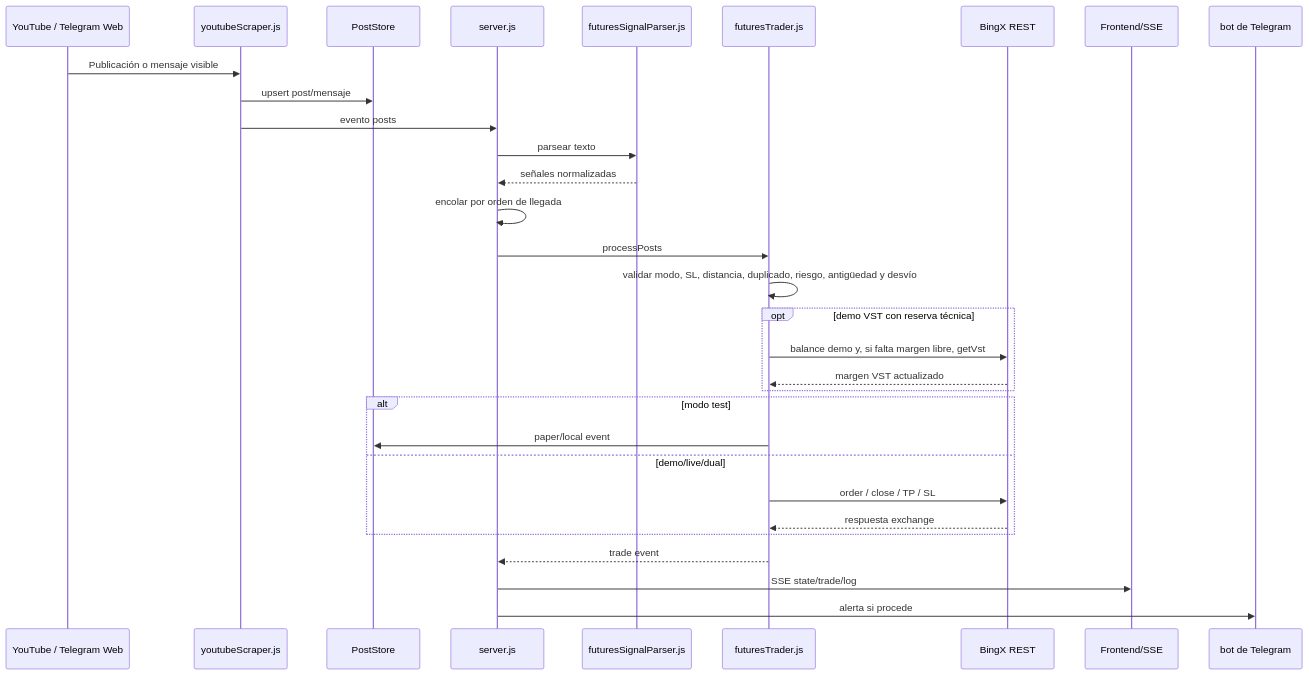
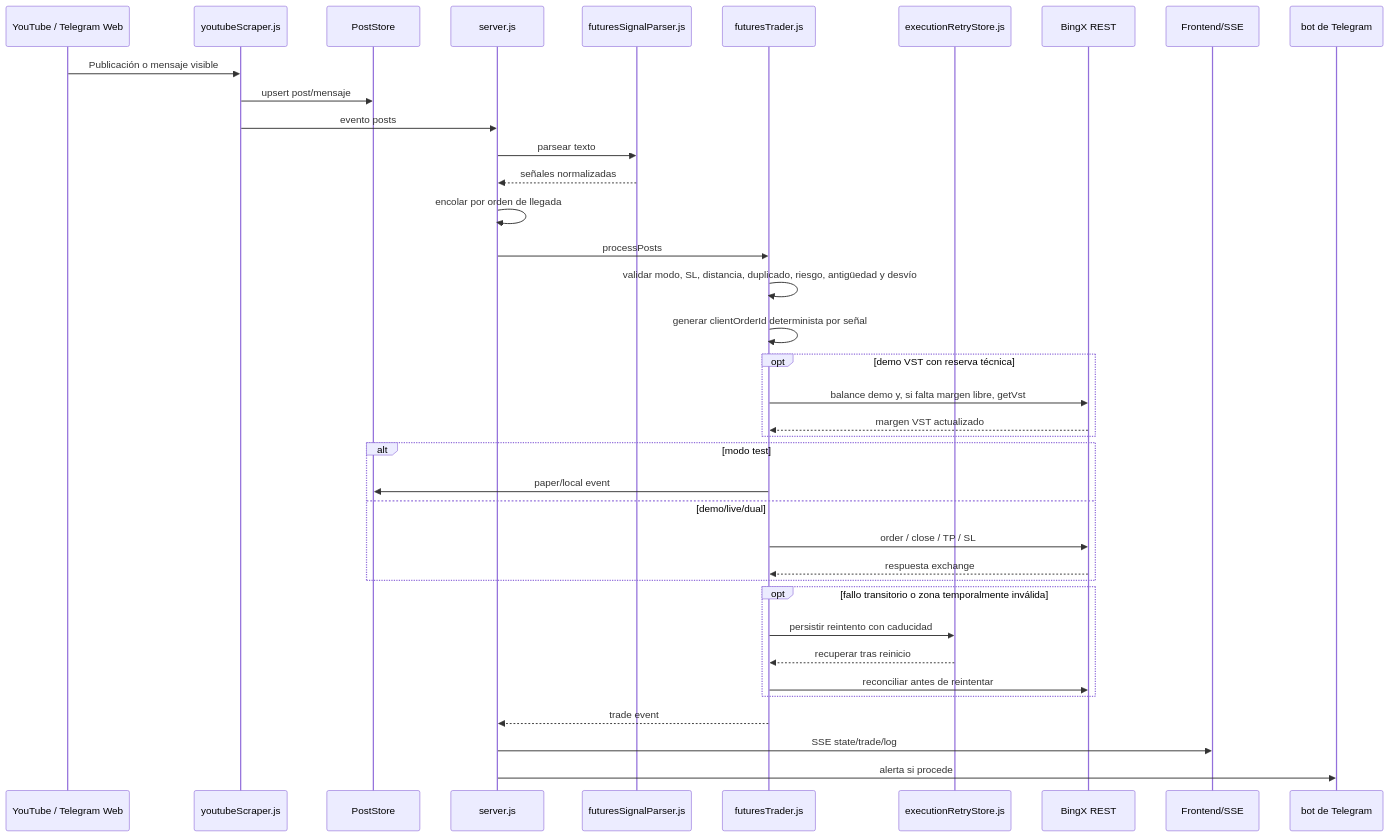
Before and after one commit to JotaTerrasa/yt-members-signal-trader: the second of 3 diagrams in docs/ARCHITECTURE.md, drawn with Mermaid. The commit also changed other lines of this file and 26 other files, not shown here.

````diff
--- a/docs/ARCHITECTURE.md
+++ b/docs/ARCHITECTURE.md
@@ -52,34 +52,41 @@
 ```mermaid
 sequenceDiagram
   participant Source as YouTube / Telegram Web
   participant Scraper as youtubeScraper.js
   participant Store as PostStore
   participant Server as server.js
   participant Parser as futuresSignalParser.js
   participant Trader as futuresTrader.js
+  participant Retry as executionRetryStore.js
   participant BingX as BingX REST
   participant UI as Frontend/SSE
   participant Bot as bot de Telegram
 
   Source->>Scraper: Publicación o mensaje visible
   Scraper->>Store: upsert post/mensaje
   Scraper->>Server: evento posts
   Server->>Parser: parsear texto
   Parser-->>Server: señales normalizadas
   Server->>Server: encolar por orden de llegada
   Server->>Trader: processPosts
   Trader->>Trader: validar modo, SL, distancia, duplicado, riesgo, antigüedad y desvío
+  Trader->>Trader: generar clientOrderId determinista por señal
   opt demo VST con reserva técnica
     Trader->>BingX: balance demo y, si falta margen libre, getVst
     BingX-->>Trader: margen VST actualizado
   end
   alt modo test
     Trader->>Store: paper/local event
   else demo/live/dual
     Trader->>BingX: order / close / TP / SL
     BingX-->>Trader: respuesta exchange
   end
+  opt fallo transitorio o zona temporalmente inválida
+    Trader->>Retry: persistir reintento con caducidad
+    Retry-->>Trader: recuperar tras reinicio
+    Trader->>BingX: reconciliar antes de reintentar
+  end
   Trader-->>Server: trade event
   Server->>UI: SSE state/trade/log
   Server->>Bot: alerta si procede
 ```
````
